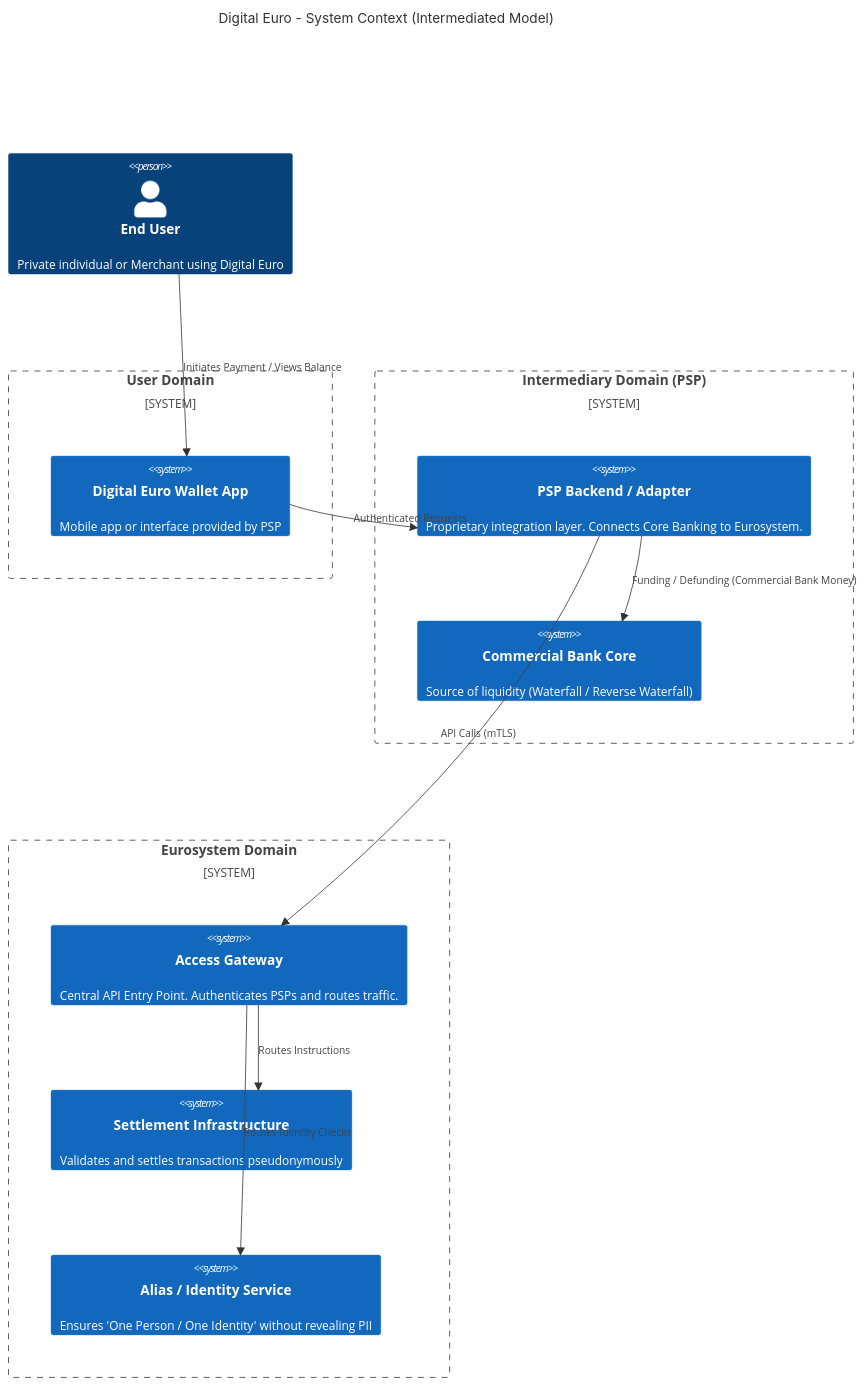
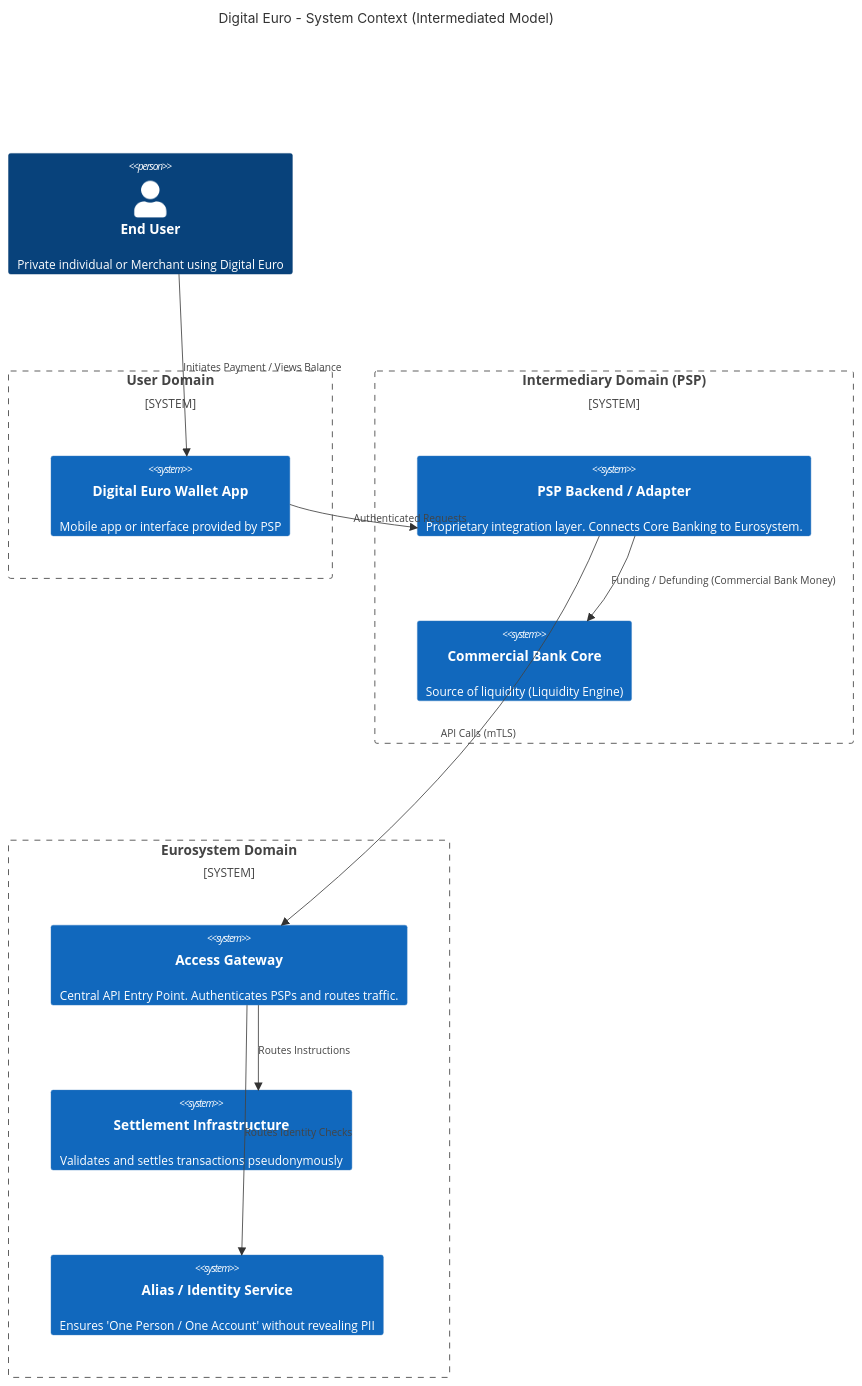
The diagram in 30-architecture/system-context.md (nnworkspace/elan), drawn with Mermaid before and after one commit. The commit also changed other lines of this file and 20 other files, not shown here.

First line of the commit message:
feat(core): implement account switching and align liquidity definitions

````diff
--- a/30-architecture/system-context.md
+++ b/30-architecture/system-context.md
@@ -20,32 +20,32 @@
 ```mermaid
 C4Context
     title Digital Euro - System Context (Intermediated Model)
 
     Person(User, "End User", "Private individual or Merchant using Digital Euro")
     
     System_Boundary(UserSphere, "User Domain") {
         System(WalletApp, "Digital Euro Wallet App", "Mobile app or interface provided by PSP")
     }
 
     System_Boundary(IntermediarySphere, "Intermediary Domain (PSP)") {
         System(PSP_Backend, "PSP Backend / Adapter", "Proprietary integration layer. Connects Core Banking to Eurosystem.")
-        System(ComBank, "Commercial Bank Core", "Source of liquidity (Waterfall / Reverse Waterfall)")
+        System(ComBank, "Commercial Bank Core", "Source of liquidity (Liquidity Engine)")
     }
 
     System_Boundary(EurosystemSphere, "Eurosystem Domain") {
         System(AccessGateway, "Access Gateway", "Central API Entry Point. Authenticates PSPs and routes traffic.")
         System(SettlementEngine, "Settlement Infrastructure", "Validates and settles transactions pseudonymously")
-        System(AliasService, "Alias / Identity Service", "Ensures 'One Person / One Identity' without revealing PII")
+        System(AliasService, "Alias / Identity Service", "Ensures 'One Person / One Account' without revealing PII")
     }
 
     %% Relationships
     Rel(User, WalletApp, "Initiates Payment / Views Balance")
     
     Rel(WalletApp, PSP_Backend, "Authenticated Requests")
     
     Rel(PSP_Backend, ComBank, "Funding / Defunding (Commercial Bank Money)")
     Rel(PSP_Backend, AccessGateway, "API Calls (mTLS)")
     
     Rel(AccessGateway, AliasService, "Routes Identity Checks")
     Rel(AccessGateway, SettlementEngine, "Routes Instructions")
 ```
````
